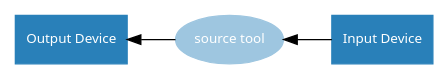
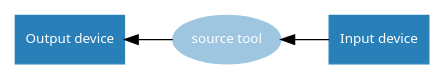
The diagram in docs/images/source_values/source_tool_value_processor.dot (gpiozero/gpiozero), drawn with Graphviz before and after one commit. The commit also changed 43 other files, not shown here.

```diff
--- a/docs/images/source_values/source_tool_value_processor.dot
+++ b/docs/images/source_values/source_tool_value_processor.dot
@@ -1,19 +1,19 @@
 /* vim: set et sw=4 sts=4: */
 
 digraph {
     graph [rankdir=RL];
     edge [arrowhead=normal, style=solid];
 
     /* Devices */
     node [shape=rect, style=filled, color="#2980b9", fontname=Sans, fontcolor="#ffffff", fontsize=10];
 
-    output [label="Output Device"]
-    input [label="Input Device"]
+    output [label="Output device"]
+    input [label="Input device"]
 
     /* functions */
     node [shape=oval, style=filled, color="#9ec6e0", fontcolor="#ffffff"];
 
     tool [label="source tool"]
 
     input -> tool -> output;
 }
```
